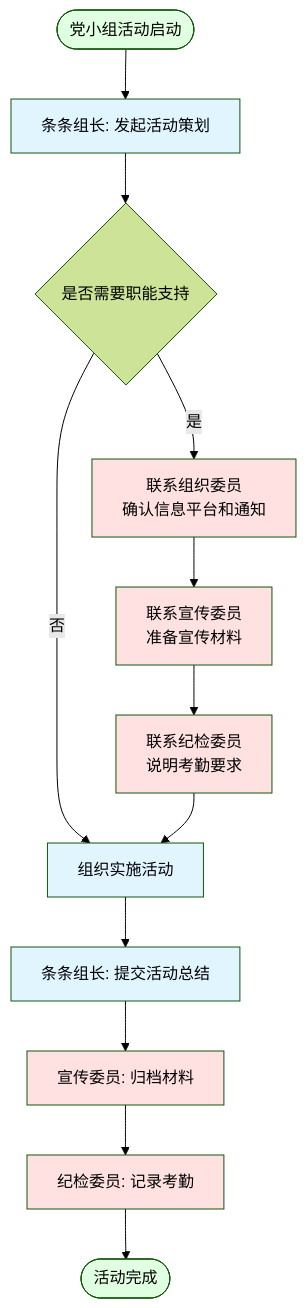
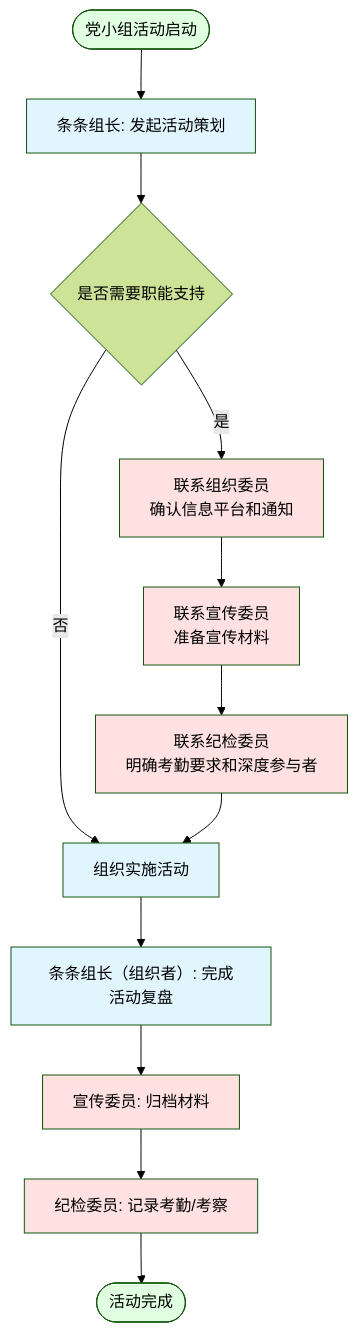
One commit to czhgo/GSM1921-SOP changed the third of 9 diagrams in 流程指南/工作流程图-定人定责定岗.md. Above: the diagram before and after it, drawn with Mermaid (forest theme). The commit also changed other lines of this file and 1 other file, not shown here.

Commit message:
修复工作流程图和场景10引用：更新活动复盘流程和考察档案描述

````diff
--- a/流程指南/工作流程图-定人定责定岗.md
+++ b/流程指南/工作流程图-定人定责定岗.md
@@ -122,42 +122,42 @@
 ```mermaid
 flowchart TD
     Start([党小组活动启动])
     
     A[条条组长: 发起活动策划]
     B{是否需要职能支持}
     
     C1[联系组织委员<br/>确认信息平台和通知]
     C2[联系宣传委员<br/>准备宣传材料]
-    C3[联系纪检委员<br/>说明考勤要求]
+    C3[联系纪检委员<br/>明确考勤要求和深度参与者]
     
     D[组织实施活动]
     
-    E1[条条组长: 提交活动总结]
+    E1[条条组长（组织者）: 完成活动复盘]
     E2[宣传委员: 归档材料]
-    E3[纪检委员: 记录考勤]
+    E3[纪检委员: 记录考勤/考察]
     
     End([活动完成])
     
     Start --> A
     A --> B
     B -->|是| C1
     B -->|否| D
     C1 --> C2
     C2 --> C3
     C3 --> D
     D --> E1
     E1 --> E2
     E2 --> E3
     E3 --> End
     
     style Start fill:#e1ffe1
     style A fill:#e1f5ff
     style C1 fill:#ffe1e1
     style C2 fill:#ffe1e1
     style C3 fill:#ffe1e1
     style D fill:#e1f5ff
     style E1 fill:#e1f5ff
     style E2 fill:#ffe1e1
     style E3 fill:#ffe1e1
     style End fill:#e1ffe1
 ```
````
